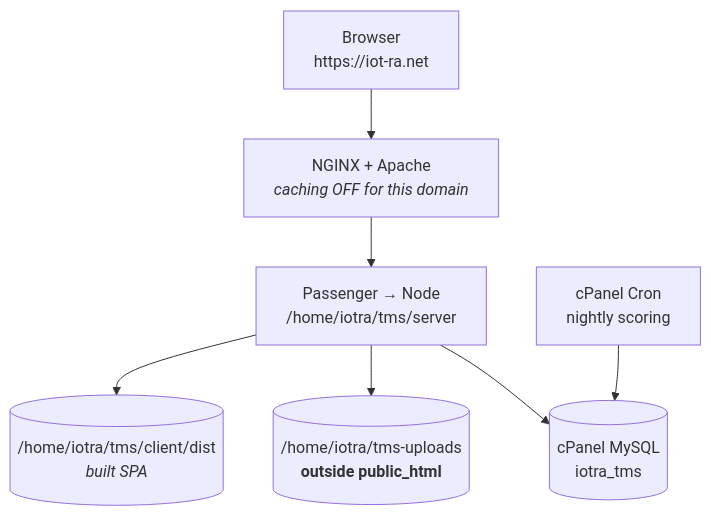
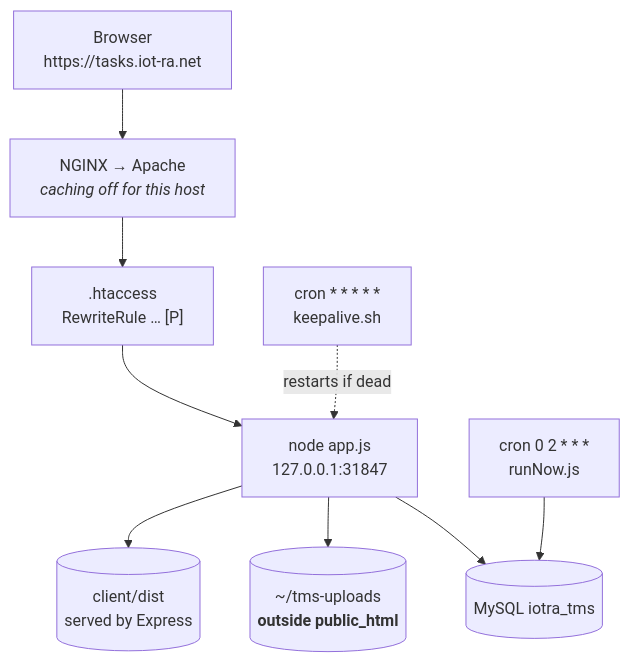
One commit to makmot256/TASK-MANAGEMENT-SYSTEM changed the diagram in docs/DEPLOYMENT-CPANEL.md. Above: the diagram before and after it, drawn with Mermaid. The commit also changed other lines of this file and 2 other files, not shown here.

First line of the commit message:
Document the cPanel deployment as built

````diff
--- a/docs/DEPLOYMENT-CPANEL.md
+++ b/docs/DEPLOYMENT-CPANEL.md
@@ -57,16 +60,19 @@
 ```mermaid
 graph TB
-    browser["Browser<br/>https://iot-ra.net"]
-    nginx["NGINX + Apache<br/><i>caching OFF for this domain</i>"]
-    passenger["Passenger → Node<br/>/home/iotra/tms/server"]
-    dist[("/home/iotra/tms/client/dist<br/><i>built SPA</i>")]
-    uploads[("/home/iotra/tms-uploads<br/><b>outside public_html</b>")]
-    db[("cPanel MySQL<br/>iotra_tms")]
-    cron["cPanel Cron<br/>nightly scoring"]
+    browser["Browser<br/>https://tasks.iot-ra.net"]
+    nginx["NGINX → Apache<br/><i>caching off for this host</i>"]
+    ht[".htaccess<br/>RewriteRule … [P]"]
+    node["node app.js<br/>127.0.0.1:31847"]
+    dist[("client/dist<br/>served by Express")]
+    uploads[("~/tms-uploads<br/><b>outside public_html</b>")]
+    db[("MySQL iotra_tms")]
+    keep["cron * * * * *<br/>keepalive.sh"]
+    score["cron 0 2 * * *<br/>runNow.js"]
 
-    browser --> nginx --> passenger
-    passenger --> dist
-    passenger --> uploads
-    passenger --> db
-    cron --> db
+    browser --> nginx --> ht --> node
+    node --> dist
+    node --> uploads
+    node --> db
+    keep -.restarts if dead.-> node
+    score --> db
 ```
````
